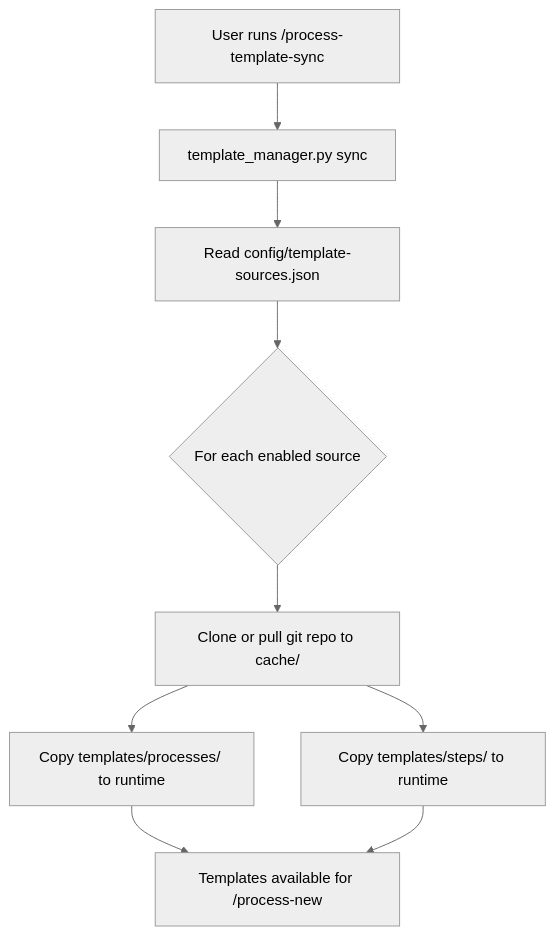
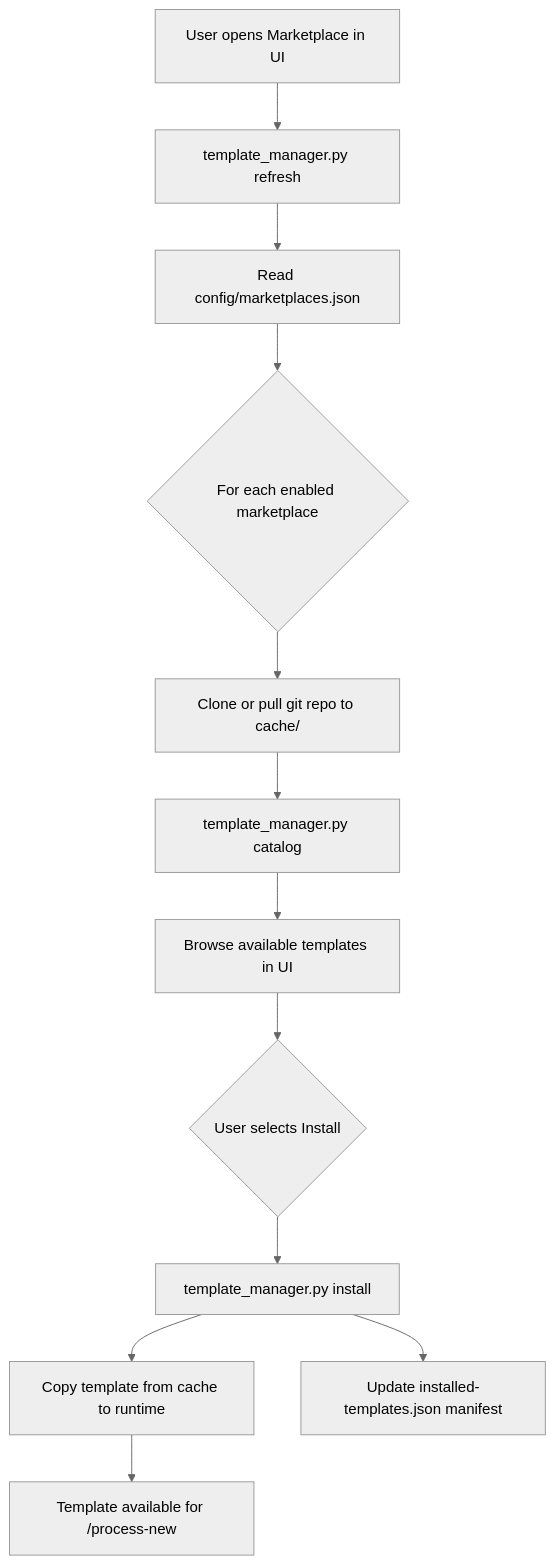
The second of 2 diagrams in docs/architecture.md (HMTools/agentic-processes), drawn with Mermaid (neutral theme) before and after one commit. The commit also changed other lines of this file and 23 other files, not shown here.

First line of the commit message:
feat: Implement template marketplace with granular install and updates

````diff
--- a/docs/architecture.md
+++ b/docs/architecture.md
@@ -342,11 +326,14 @@
 ```mermaid
 graph TD
-    A[User runs /process-template-sync] --> B[template_manager.py sync]
-    B --> C[Read config/template-sources.json]
-    C --> D{For each enabled source}
+    A[User opens Marketplace in UI] --> B[template_manager.py refresh]
+    B --> C[Read config/marketplaces.json]
+    C --> D{For each enabled marketplace}
     D --> E[Clone or pull git repo to cache/]
-    E --> F[Copy templates/processes/ to runtime]
-    E --> G[Copy templates/steps/ to runtime]
-    F --> H[Templates available for /process-new]
-    G --> H
+    E --> F[template_manager.py catalog]
+    F --> G[Browse available templates in UI]
+    G --> H{User selects Install}
+    H --> I[template_manager.py install]
+    I --> J[Copy template from cache to runtime]
+    I --> K[Update installed-templates.json manifest]
+    J --> L[Template available for /process-new]
 ```
````
